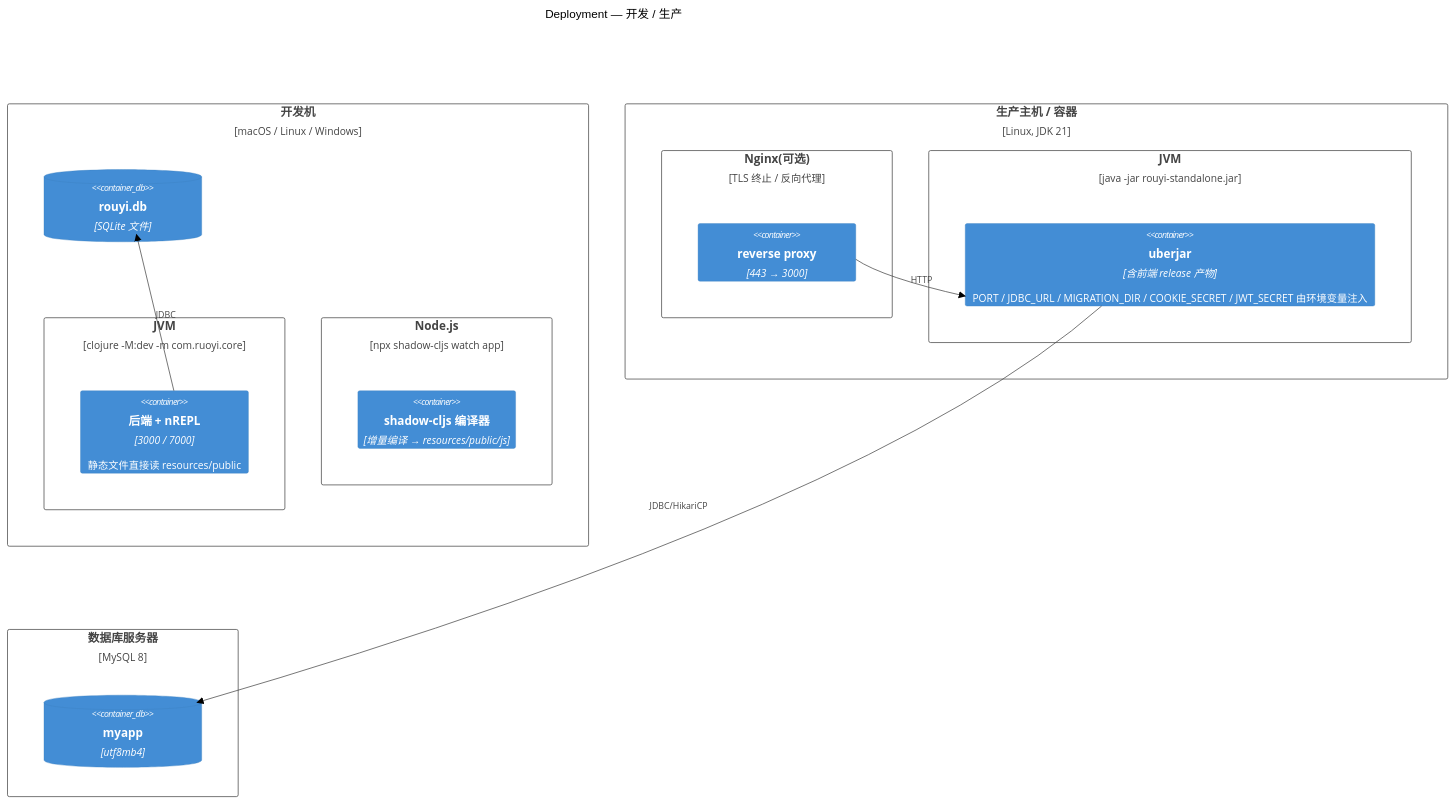
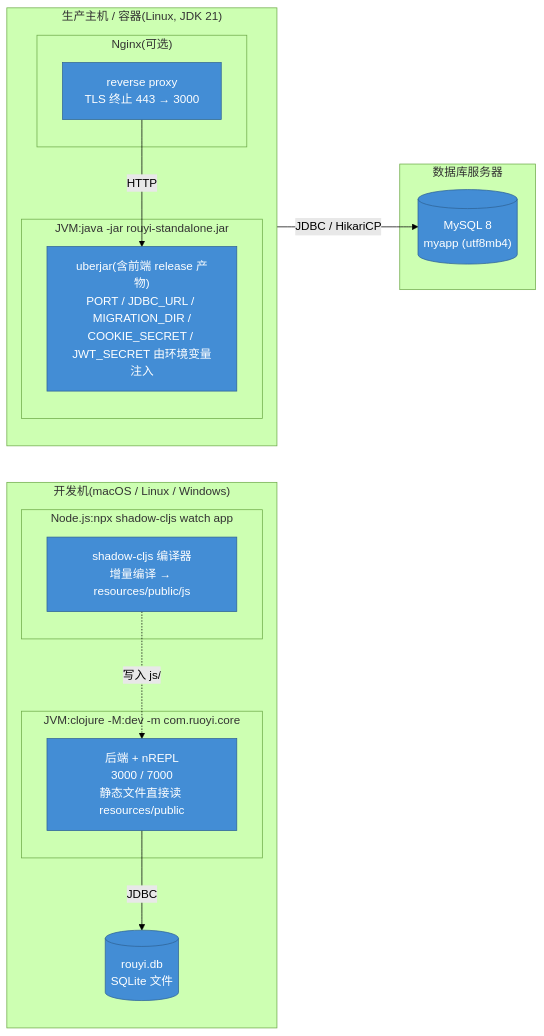
Before and after one commit to RedCreationTech/clj-cljs-template: diagram 13 of 13 in docs/architecture/c4-model.org, drawn with Mermaid (forest theme). The commit also changed other lines of this file and 3 other files, not shown here.

First line of the commit message:
docs: C4 org 文档生成自包含 HTML;图改用 flowchart/sequence 记法

```diff
--- a/docs/architecture/c4-model.org
+++ b/docs/architecture/c4-model.org
@@ -557,27 +563,30 @@
 #+begin_src mermaid :file c4-deployment.png :exports results
-C4Deployment
-  title Deployment — 开发 / 生产
-  Deployment_Node(devbox, "开发机", "macOS / Linux / Windows") {
-    Deployment_Node(jvm1, "JVM", "clojure -M:dev -m com.ruoyi.core") {
-      Container(be1, "后端 + nREPL", "3000 / 7000", "静态文件直接读 resources/public")
-    }
-    Deployment_Node(node1, "Node.js", "npx shadow-cljs watch app") {
-      Container(fe1, "shadow-cljs 编译器", "增量编译 → resources/public/js", "")
-    }
-    ContainerDb(sqlite, "rouyi.db", "SQLite 文件", "")
-  }
-  Deployment_Node(prod, "生产主机 / 容器", "Linux, JDK 21") {
-    Deployment_Node(nginx, "Nginx(可选)", "TLS 终止 / 反向代理", "") {
-      Container(rp, "reverse proxy", "443 → 3000", "")
-    }
-    Deployment_Node(jvm2, "JVM", "java -jar rouyi-standalone.jar") {
-      Container(be2, "uberjar", "含前端 release 产物", "PORT / JDBC_URL / MIGRATION_DIR / COOKIE_SECRET / JWT_SECRET 由环境变量注入")
-    }
-  }
-  Deployment_Node(dbhost, "数据库服务器", "MySQL 8") {
-    ContainerDb(mysql, "myapp", "utf8mb4", "")
-  }
-  Rel(be1, sqlite, "JDBC")
-  Rel(rp, be2, "HTTP")
-  Rel(be2, mysql, "JDBC/HikariCP")
+flowchart LR
+  subgraph DEV["开发机(macOS / Linux / Windows)"]
+    direction TB
+    subgraph JVM1["JVM:clojure -M:dev -m com.ruoyi.core"]
+      be1["后端 + nREPL<br/>3000 / 7000<br/>静态文件直接读 resources/public"]:::container
+    end
+    subgraph NODE["Node.js:npx shadow-cljs watch app"]
+      fe1["shadow-cljs 编译器<br/>增量编译 → resources/public/js"]:::container
+    end
+    sqlite[("rouyi.db<br/>SQLite 文件")]:::container
+    be1 -- JDBC --> sqlite
+    fe1 -. 写入 js/ .-> be1
+  end
+  subgraph PROD["生产主机 / 容器(Linux, JDK 21)"]
+    direction TB
+    subgraph NGINX["Nginx(可选)"]
+      rp["reverse proxy<br/>TLS 终止 443 → 3000"]:::container
+    end
+    subgraph JVM2["JVM:java -jar rouyi-standalone.jar"]
+      be2["uberjar(含前端 release 产物)<br/>PORT / JDBC_URL / MIGRATION_DIR /<br/>COOKIE_SECRET / JWT_SECRET 由环境变量注入"]:::container
+    end
+    rp -- HTTP --> be2
+  end
+  subgraph DBHOST["数据库服务器"]
+    mysql[("MySQL 8<br/>myapp (utf8mb4)")]:::container
+  end
+  be2 -- "JDBC / HikariCP" --> mysql
+  classDef container fill:#438dd5,stroke:#2e6295,color:#fff
 #+end_src
```
